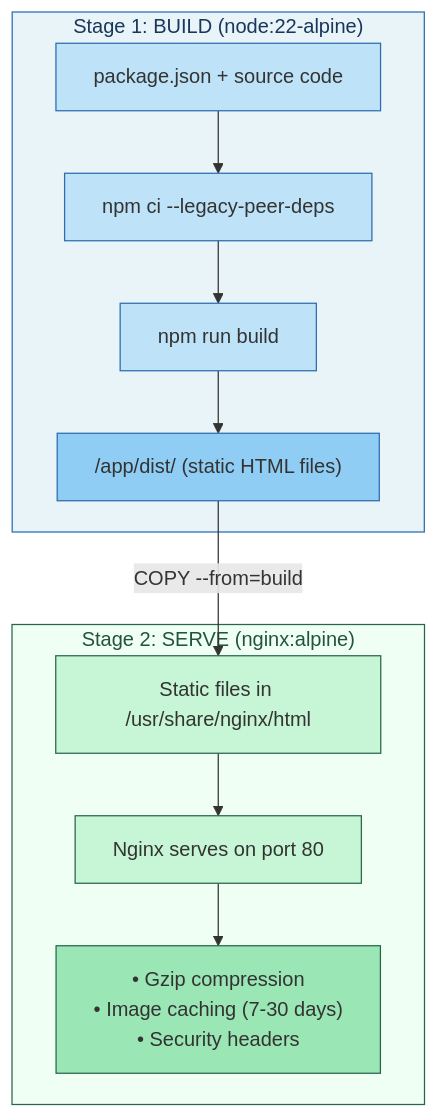
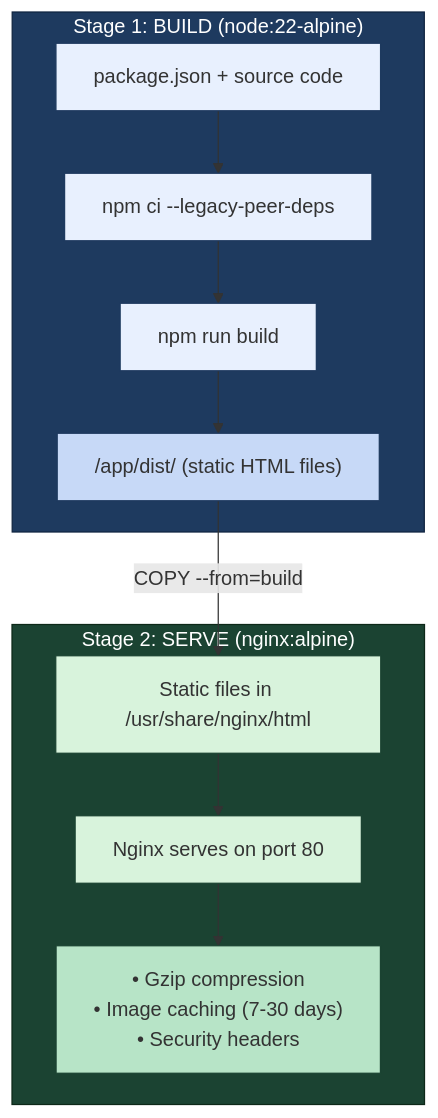
One commit to Crazzygem/lyhor-portfolio changed the diagram in README.md. Above: the diagram before and after it, drawn with Mermaid.

Commit message:
fix: improve Mermaid diagram colors - dark navy/green theme

````diff
--- a/README.md
+++ b/README.md
@@ -54,26 +54,26 @@
 ```mermaid
 graph TD
     subgraph S1["Stage 1: BUILD (node:22-alpine)"]
         A["package.json + source code"] --> B["npm ci --legacy-peer-deps"]
         B --> C["npm run build"]
         C --> D["/app/dist/ (static HTML files)"]
     end
 
     D -->|"COPY --from=build"| E
 
     subgraph S2["Stage 2: SERVE (nginx:alpine)"]
         E["Static files in /usr/share/nginx/html"]
         E --> F["Nginx serves on port 80"]
         F --> G["• Gzip compression<br/>• Image caching (7-30 days)<br/>• Security headers"]
     end
 
-    style S1 fill:#e8f4f8,stroke:#2b6cb0,color:#1a365d
-    style S2 fill:#f0fff4,stroke:#276749,color:#22543d
-    style A fill:#bee3f8,stroke:#2b6cb0
-    style B fill:#bee3f8,stroke:#2b6cb0
-    style C fill:#bee3f8,stroke:#2b6cb0
-    style D fill:#90cdf4,stroke:#2b6cb0
-    style E fill:#c6f6d5,stroke:#276749
-    style F fill:#c6f6d5,stroke:#276749
-    style G fill:#9ae6b4,stroke:#276749
+    style S1 fill:#1e3a5f,stroke:#0f2440,color:#ffffff
+    style S2 fill:#1b4332,stroke:#0d2818,color:#ffffff
+    style A fill:#e8f0fe,stroke:#1e3a5f
+    style B fill:#e8f0fe,stroke:#1e3a5f
+    style C fill:#e8f0fe,stroke:#1e3a5f
+    style D fill:#c7d9f7,stroke:#1e3a5f
+    style E fill:#d8f3dc,stroke:#1b4332
+    style F fill:#d8f3dc,stroke:#1b4332
+    style G fill:#b7e4c7,stroke:#1b4332
 ```
````
